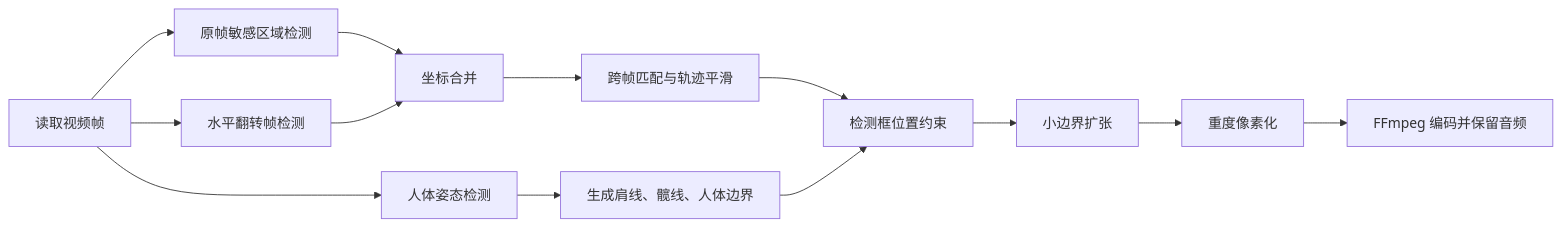
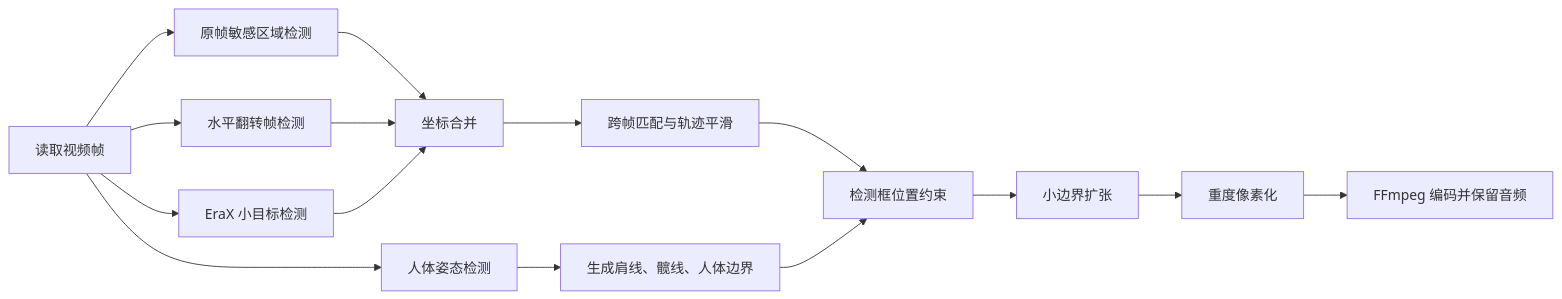
The diagram in README.md (rookiebruce/auto-sensitive-mosaic), drawn with Mermaid before and after one commit. The commit also changed other lines of this file and 1 other file, not shown here.

Commit message:
Add EraX fine part detector

````diff
--- a/README.md
+++ b/README.md
@@ -30,15 +31,17 @@
 ```mermaid
 flowchart LR
     A["读取视频帧"] --> B["原帧敏感区域检测"]
     A --> C["水平翻转帧检测"]
+    A --> P["EraX 小目标检测"]
     B --> D["坐标合并"]
     C --> D
+    P --> D
     D --> E["跨帧匹配与轨迹平滑"]
     A --> F["人体姿态检测"]
     F --> G["生成肩线、髋线、人体边界"]
     E --> H["检测框位置约束"]
     G --> H
     H --> I["小边界扩张"]
     I --> J["重度像素化"]
     J --> K["FFmpeg 编码并保留音频"]
 ```
````
